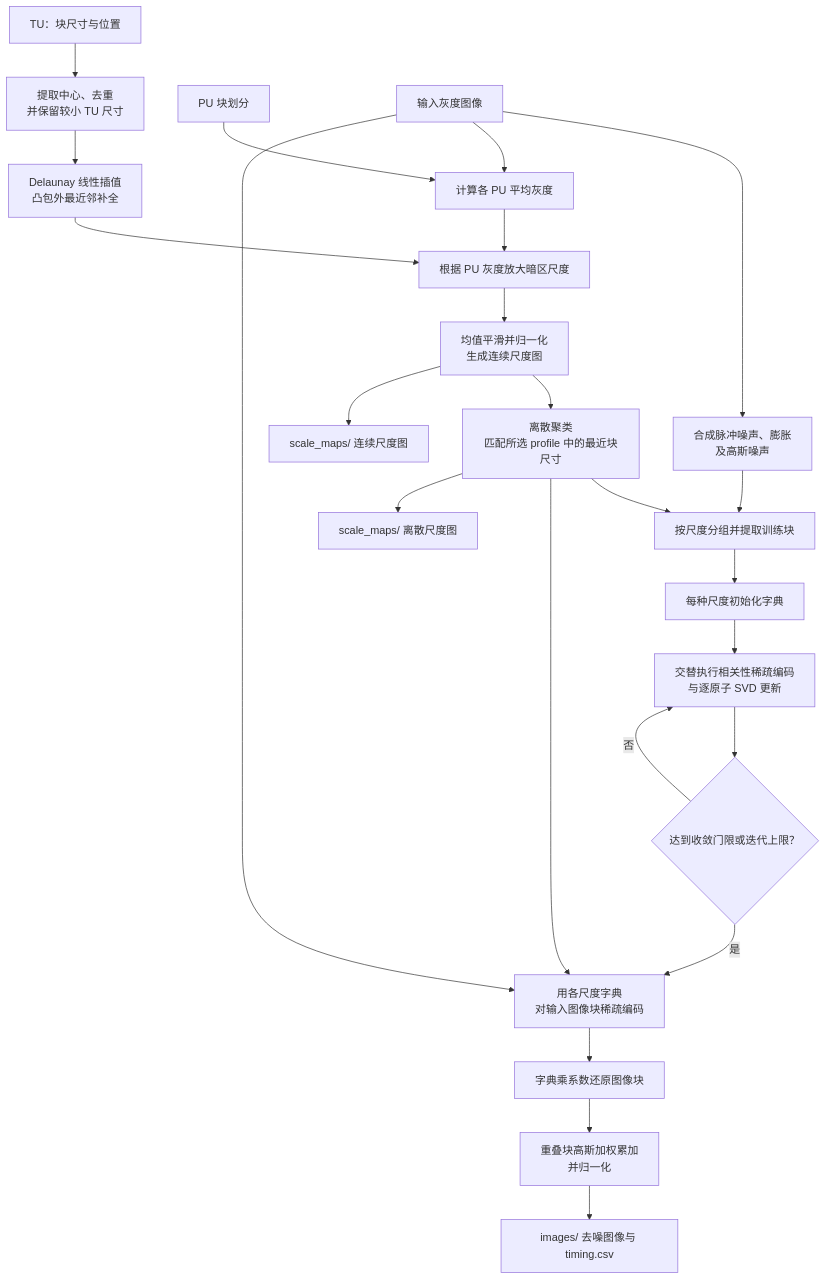
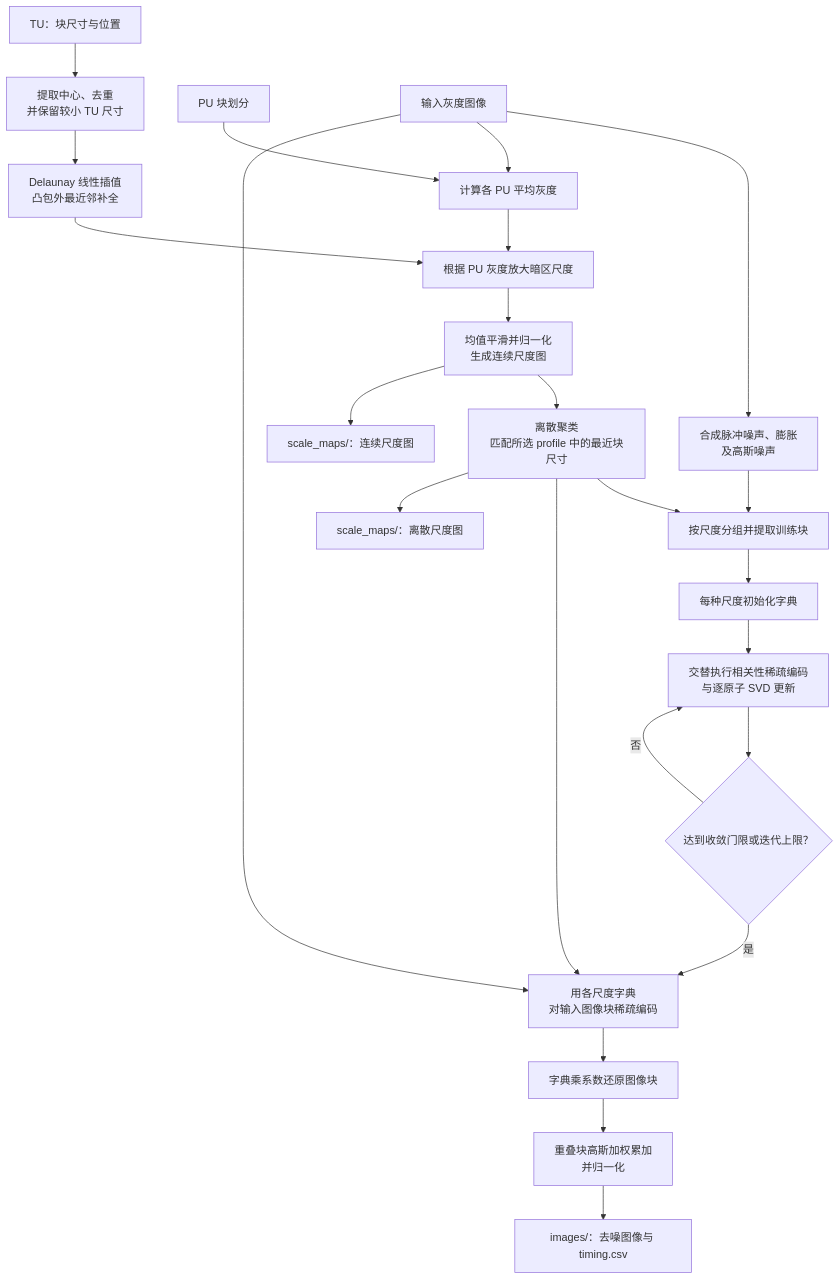
The fourth of 7 diagrams in README_zh-CN.md (LumaVistaLab/hevc-ksvd-mamba-for-ultrasound), drawn with Mermaid before and after one commit. The commit also changed other lines of this file and 3 other files, not shown here.

````diff
--- a/README_zh-CN.md
+++ b/README_zh-CN.md
@@ -296,26 +296,26 @@
 ```mermaid
 flowchart TD
     TU["TU：块尺寸与位置"] --> Centers["提取中心、去重<br/>并保留较小 TU 尺寸"]
     Centers --> Interpolation["Delaunay 线性插值<br/>凸包外最近邻补全"]
     PU["PU 块划分"] --> Brightness["计算各 PU 平均灰度"]
     Interpolation --> Zoom["根据 PU 灰度放大暗区尺度"]
     Brightness --> Zoom
     Zoom --> Smooth["均值平滑并归一化<br/>生成连续尺度图"]
     Smooth --> Discrete["离散聚类<br/>匹配所选 profile 中的最近块尺寸"]
     Discrete --> TrainingPatches["按尺度分组并提取训练块"]
     Image["输入灰度图像"] --> Noise["合成脉冲噪声、膨胀<br/>及高斯噪声"]
     Image --> Brightness
     Noise --> TrainingPatches
     TrainingPatches --> Dictionary["每种尺度初始化字典"]
     Dictionary --> Learn["交替执行相关性稀疏编码<br/>与逐原子 SVD 更新"]
     Learn --> Stop{"达到收敛门限或迭代上限？"}
     Stop -->|否| Learn
     Stop -->|是| Encode["用各尺度字典<br/>对输入图像块稀疏编码"]
     Image --> Encode
     Discrete --> Encode
     Encode --> Reconstruct["字典乘系数还原图像块"]
     Reconstruct --> Fusion["重叠块高斯加权累加<br/>并归一化"]
-    Fusion --> Output["images/ 去噪图像与 timing.csv"]
-    Smooth --> Continuous["scale_maps/ 连续尺度图"]
-    Discrete --> DiscreteOutput["scale_maps/ 离散尺度图"]
+    Fusion --> Output["images/：去噪图像与 timing.csv"]
+    Smooth --> Continuous["scale_maps/：连续尺度图"]
+    Discrete --> DiscreteOutput["scale_maps/：离散尺度图"]
 ```
````
